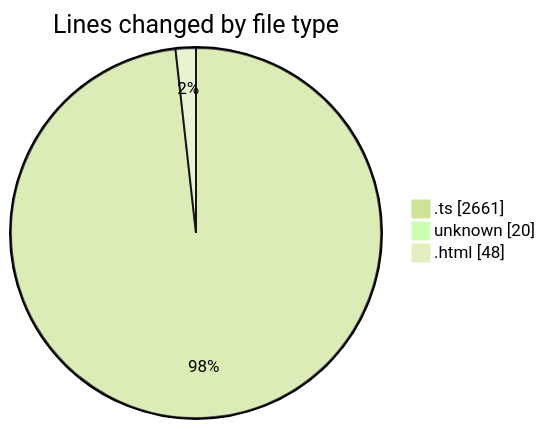
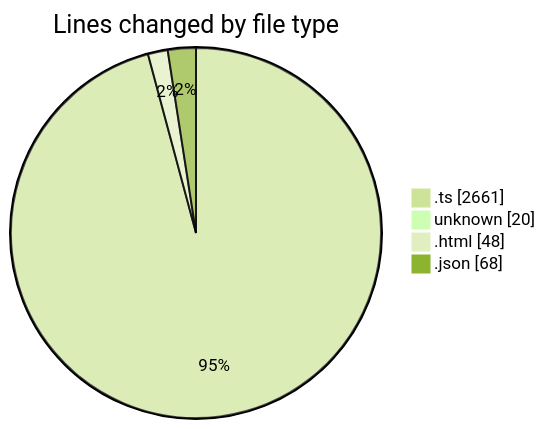
The first of 2 diagrams in 2026-02-06/singularitybrainai/README.md (tmsrecording-cyber/code-tracking), drawn with Mermaid (forest theme) before and after one commit. The commit also changed other lines of this file and 1 other file, not shown here.

````diff
--- a/2026-02-06/singularitybrainai/README.md
+++ b/2026-02-06/singularitybrainai/README.md
@@ -28,7 +29,8 @@
 ```mermaid
 pie showData
 title Lines changed by file type
 ".ts" : 2661
 "unknown" : 20
 ".html" : 48
+".json" : 68
 ```
````
